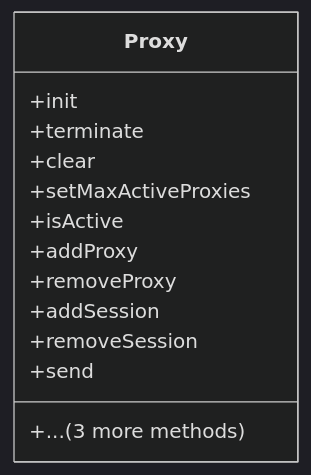
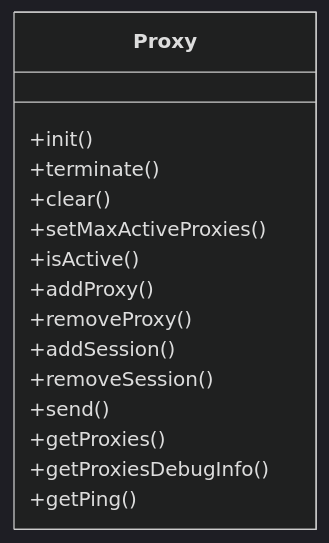
One commit to lukaszj321/otcv8-dev changed the diagram in docs/authoring/01_core/api/cpp/framework/diagrams/proxy.mmd. Above: the diagram before and after it, drawn with Mermaid. The commit also changed 60 other files, not shown here.

Commit message:
fix: show all methods in class diagrams without truncation

```diff
--- a/docs/authoring/01_core/api/cpp/framework/diagrams/proxy.mmd
+++ b/docs/authoring/01_core/api/cpp/framework/diagrams/proxy.mmd
@@ -1,15 +1,17 @@
 %%{init: {'theme':'dark','themeVariables': {'primaryTextColor':'#ddd','lineColor':'#9aa0a6'},'securityLevel':'loose'}}%%
 classDiagram
     class Proxy {
-        +init
-        +terminate
-        +clear
-        +setMaxActiveProxies
-        +isActive
-        +addProxy
-        +removeProxy
-        +addSession
-        +removeSession
-        +send
-        +... (3 more methods)
+        +init()
+        +terminate()
+        +clear()
+        +setMaxActiveProxies()
+        +isActive()
+        +addProxy()
+        +removeProxy()
+        +addSession()
+        +removeSession()
+        +send()
+        +getProxies()
+        +getProxiesDebugInfo()
+        +getPing()
     }
```
